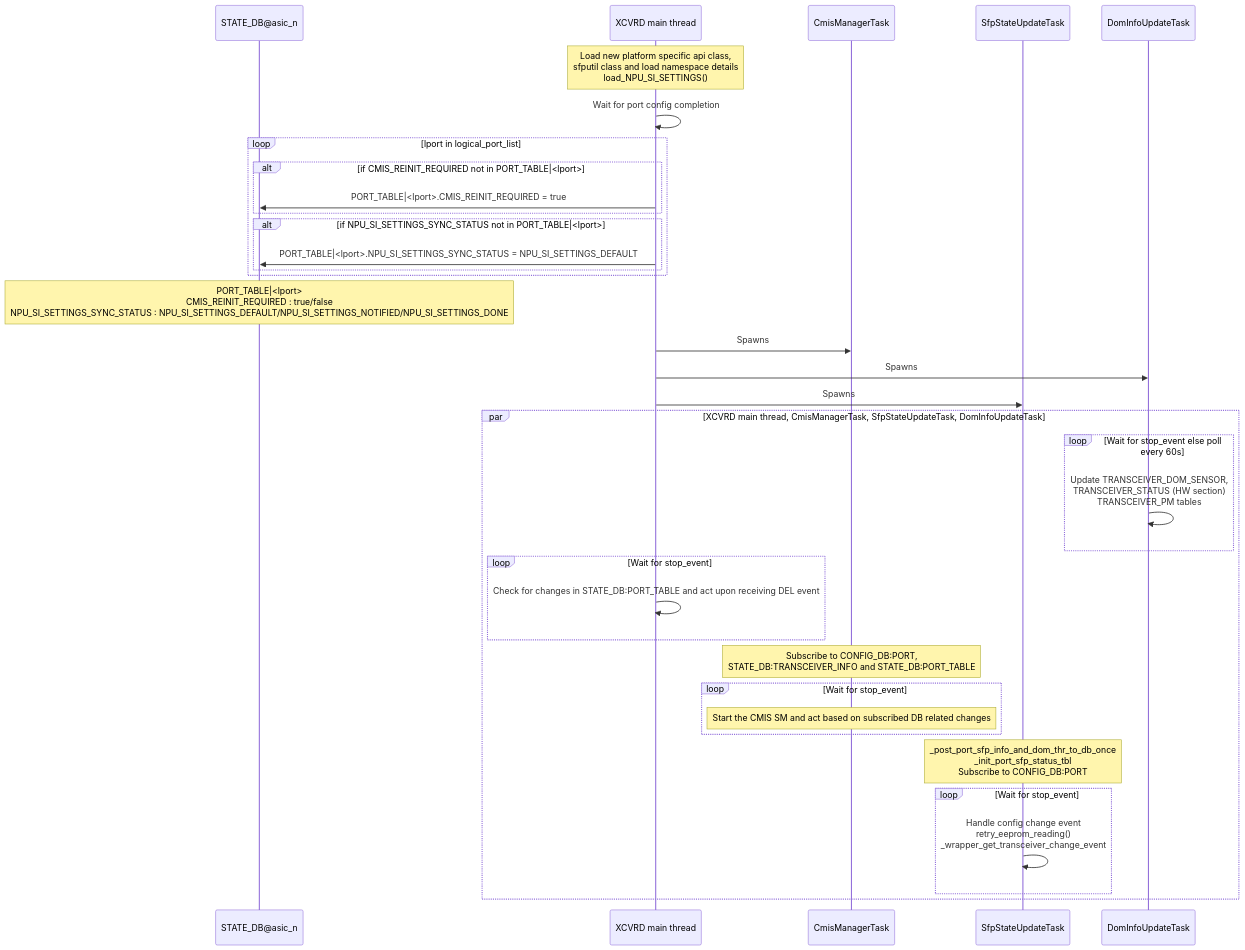
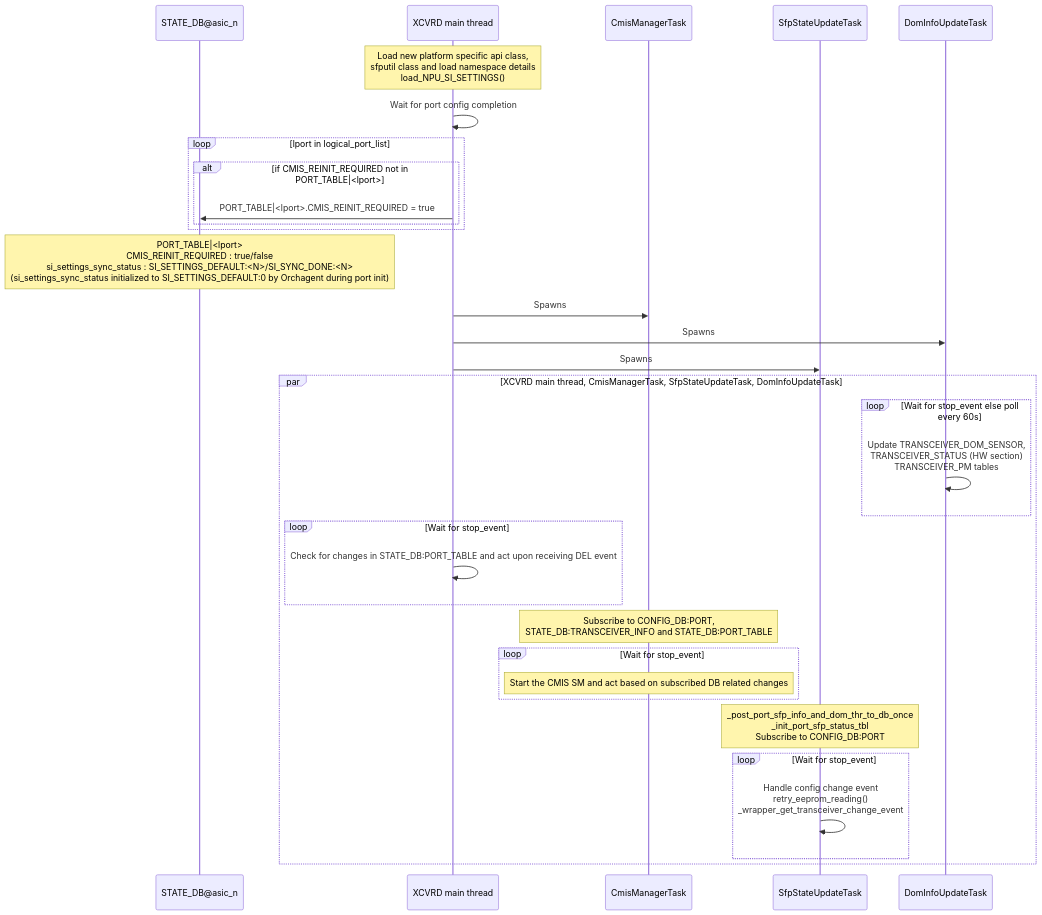
One commit to sonic-net/SONiC changed the first of 5 diagrams in doc/sfp-cmis/Interface-Link-bring-up-sequence.md. Above: the diagram before and after it, drawn with Mermaid. The commit also changed other lines of this file, not shown here.

Commit message:
Update link up sequence with SI settings sync between OA and xcvrd

````diff
--- a/doc/sfp-cmis/Interface-Link-bring-up-sequence.md
+++ b/doc/sfp-cmis/Interface-Link-bring-up-sequence.md
@@ -255,39 +269,36 @@
 ```mermaid
 sequenceDiagram
     participant STATE_DB as STATE_DB@asic_n
     participant XCVRDMT as XCVRD main thread
     participant CmisManagerTask
     participant SfpStateUpdateTask
     participant DomInfoUpdateTask
 
     Note over XCVRDMT: Load new platform specific api class,<br> sfputil class and load namespace details<br> load_NPU_SI_SETTINGS()
     XCVRDMT ->> XCVRDMT: Wait for port config completion
     loop lport in logical_port_list
         alt if CMIS_REINIT_REQUIRED not in PORT_TABLE|<lport>
             XCVRDMT ->> STATE_DB: PORT_TABLE|<lport>.CMIS_REINIT_REQUIRED = true
         end
-        alt if NPU_SI_SETTINGS_SYNC_STATUS not in PORT_TABLE|<lport>
-            XCVRDMT ->> STATE_DB: PORT_TABLE|<lport>.NPU_SI_SETTINGS_SYNC_STATUS = NPU_SI_SETTINGS_DEFAULT
-        end
     end
-    Note over STATE_DB: PORT_TABLE|<lport><br>CMIS_REINIT_REQUIRED : true/false<br>NPU_SI_SETTINGS_SYNC_STATUS : NPU_SI_SETTINGS_DEFAULT/NPU_SI_SETTINGS_NOTIFIED/NPU_SI_SETTINGS_DONE
+    Note over STATE_DB: PORT_TABLE|<lport><br>CMIS_REINIT_REQUIRED : true/false<br>si_settings_sync_status : SI_SETTINGS_DEFAULT:<N>/SI_SYNC_DONE:<N><br>(si_settings_sync_status initialized to SI_SETTINGS_DEFAULT:0 by Orchagent during port init)
     XCVRDMT ->> CmisManagerTask: Spawns
     XCVRDMT ->> DomInfoUpdateTask: Spawns
     XCVRDMT ->> SfpStateUpdateTask: Spawns
     par XCVRD main thread, CmisManagerTask, SfpStateUpdateTask, DomInfoUpdateTask
         loop Wait for stop_event else poll every 60s
             DomInfoUpdateTask->>DomInfoUpdateTask: Update TRANSCEIVER_DOM_SENSOR,<br>TRANSCEIVER_STATUS (HW section)<br>TRANSCEIVER_PM tables
         end
         loop Wait for stop_event
             XCVRDMT->>XCVRDMT: Check for changes in STATE_DB:PORT_TABLE and act upon receiving DEL event
         end
         Note over CmisManagerTask: Subscribe to CONFIG_DB:PORT,<br>STATE_DB:TRANSCEIVER_INFO and STATE_DB:PORT_TABLE
         loop Wait for stop_event
             Note over CmisManagerTask: Start the CMIS SM and act based on subscribed DB related changes
         end
         Note over SfpStateUpdateTask: _post_port_sfp_info_and_dom_thr_to_db_once<br>_init_port_sfp_status_tbl<br>Subscribe to CONFIG_DB:PORT
         loop Wait for stop_event
             SfpStateUpdateTask ->> SfpStateUpdateTask: Handle config change event<br>retry_eeprom_reading()<br>_wrapper_get_transceiver_change_event
         end
     end
 ```
````
